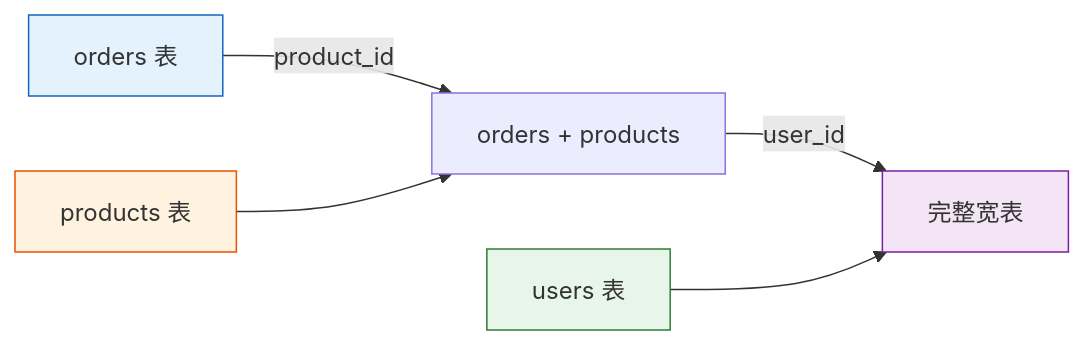
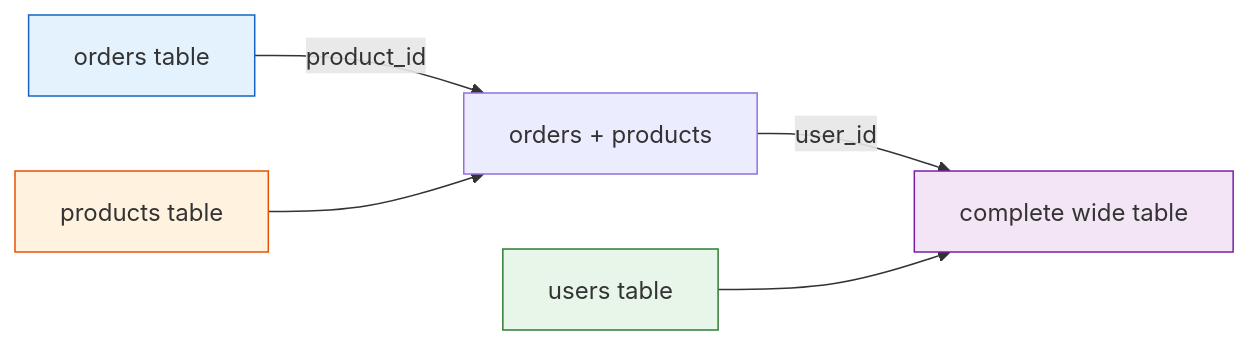
Before and after one commit to oudbiao/AI-fullstack-course: the third of 5 diagrams in docs/ch03-data-analysis/ch06-projects/02-multi-source-analysis.md, drawn with Mermaid. The commit also changed other lines of this file and 1406 other files, not shown here.

````diff
--- a/docs/ch03-data-analysis/ch06-projects/02-multi-source-analysis.md
+++ b/docs/ch03-data-analysis/ch06-projects/02-multi-source-analysis.md
@@ -282,12 +280,12 @@
 ```mermaid
 flowchart LR
-    O["orders 表"] -->|"product_id"| OP["orders + products"]
-    P["products 表"] --> OP
-    OP -->|"user_id"| FULL["完整宽表"]
-    U["users 表"] --> FULL
+    O["orders table"] -->|"product_id"| OP["orders + products"]
+    P["products table"] --> OP
+    OP -->|"user_id"| FULL["complete wide table"]
+    U["users table"] --> FULL
 
     style O fill:#e3f2fd,stroke:#1565c0,color:#333
     style P fill:#fff3e0,stroke:#e65100,color:#333
     style U fill:#e8f5e9,stroke:#2e7d32,color:#333
     style FULL fill:#f3e5f5,stroke:#7b1fa2,color:#333
 ```
````
